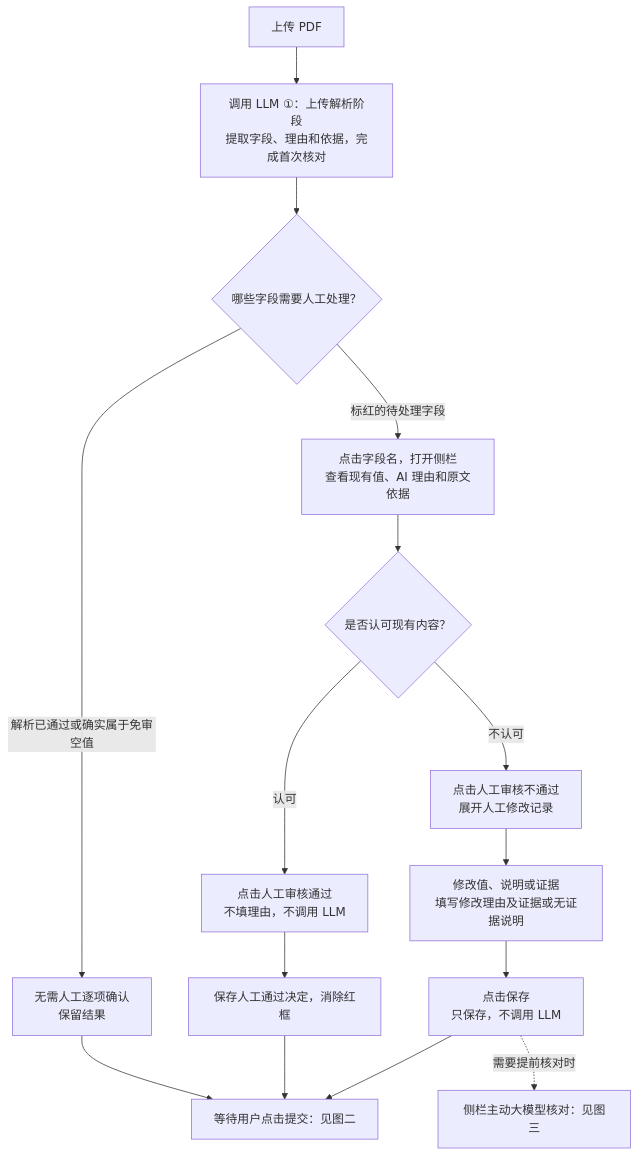
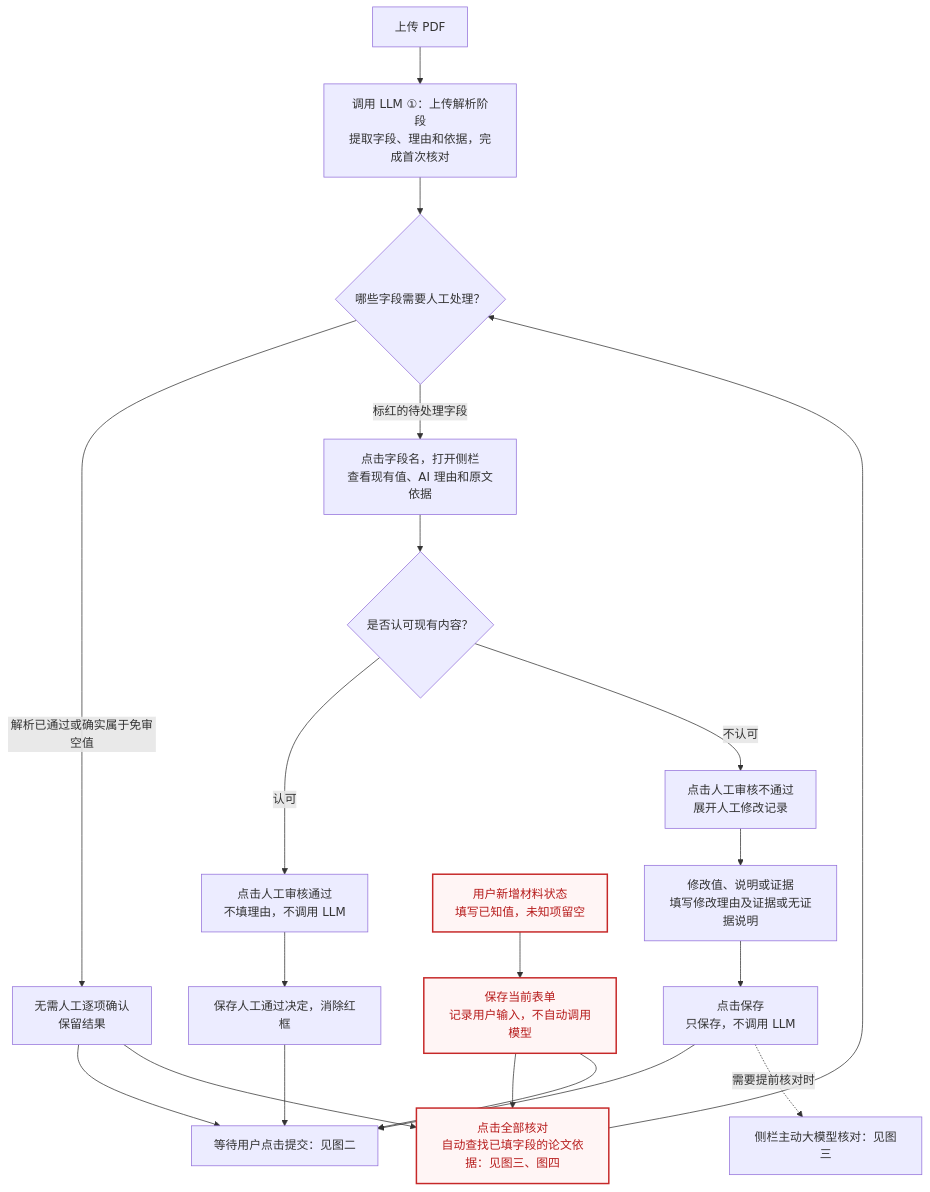
Before and after one commit to JLU-ICCMS-MaYuan/SC-Wiki: the first of 3 diagrams in docs/specs/147-two-stage-field-review/review-flow.md, drawn with Mermaid. The commit also changed other lines of this file and 6 other files, not shown here.

````diff
--- a/docs/specs/147-two-stage-field-review/review-flow.md
+++ b/docs/specs/147-two-stage-field-review/review-flow.md
@@ -17,17 +19,24 @@
 ```mermaid
 flowchart TD
     A[上传 PDF] --> L1[调用 LLM ①：上传解析阶段<br/>提取字段、理由和依据，完成首次核对]
     L1 --> B{哪些字段需要人工处理？}
     B -->|解析已通过或确实属于免审空值| C[无需人工逐项确认<br/>保留结果]
     B -->|标红的待处理字段| D[点击字段名，打开侧栏<br/>查看现有值、AI 理由和原文依据]
     D --> E{是否认可现有内容？}
     E -->|认可| F[点击人工审核通过<br/>不填理由，不调用 LLM]
     F --> G[保存人工通过决定，消除红框]
     E -->|不认可| H[点击人工审核不通过<br/>展开人工修改记录]
     H --> I[修改值、说明或证据<br/>填写修改理由及证据或无证据说明]
     I --> J[点击保存<br/>只保存，不调用 LLM]
     C --> S[等待用户点击提交：见图二]
     G --> S
     J --> S
     J -.需要提前核对时.-> M[侧栏主动大模型核对：见图三]
+    N[用户新增材料状态<br/>填写已知值，未知项留空] --> NS[保存当前表单<br/>记录用户输入，不自动调用模型]
+    NS --> NA[点击全部核对<br/>自动查找已填字段的论文依据：见图三、图四]
+    NS --> S
+    C --> NA
+    NA --> B
+    classDef added fill:#fff5f5,stroke:#c62828,color:#b71c1c,stroke-width:2px;
+    class N,NS,NA added;
 ```
````
